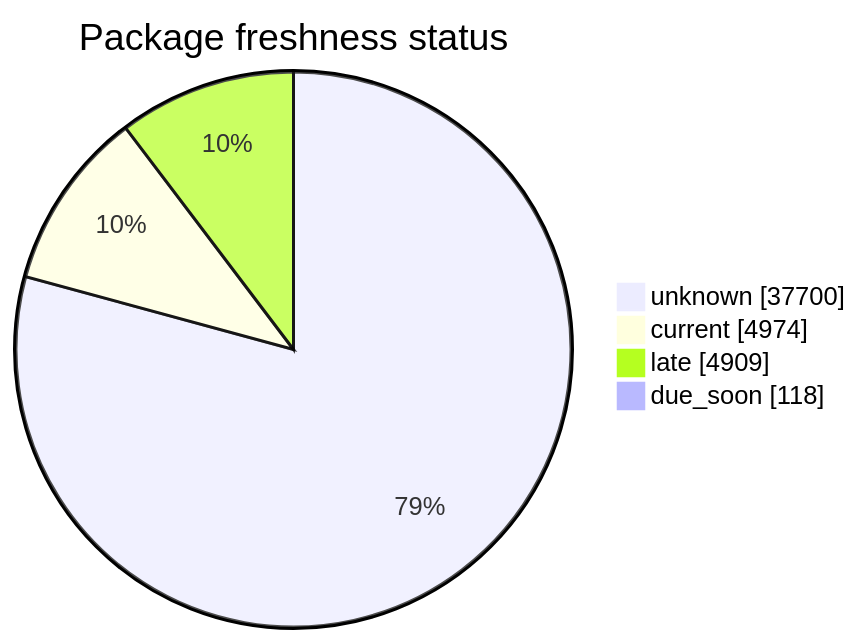
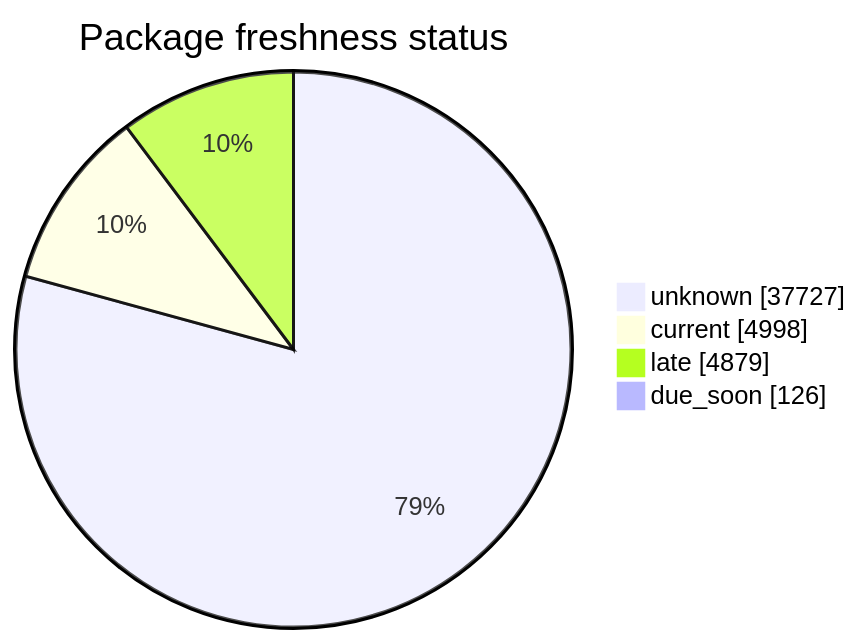
One commit to open-data/analytics-corporate-reporting changed the second of 5 diagrams in FreshCheck/README.md. Above: the diagram before and after it, drawn with Mermaid. The commit also changed other lines of this file and 3 other files, not shown here.

````diff
--- a/FreshCheck/README.md
+++ b/FreshCheck/README.md
@@ -68,7 +68,7 @@
 ```mermaid
 pie showData title Package freshness status
-    "unknown": 37700
-    "current": 4974
-    "late": 4909
-    "due_soon": 118
+    "unknown": 37727
+    "current": 4998
+    "late": 4879
+    "due_soon": 126
 ```
````
